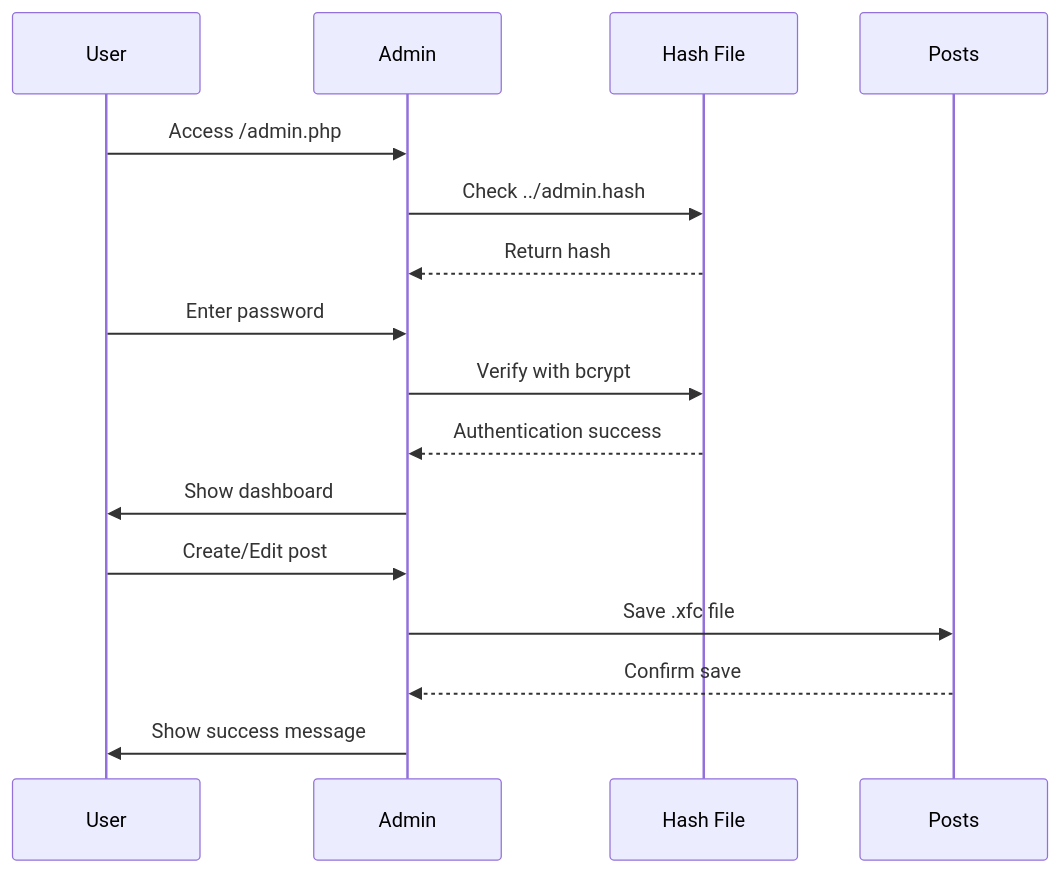
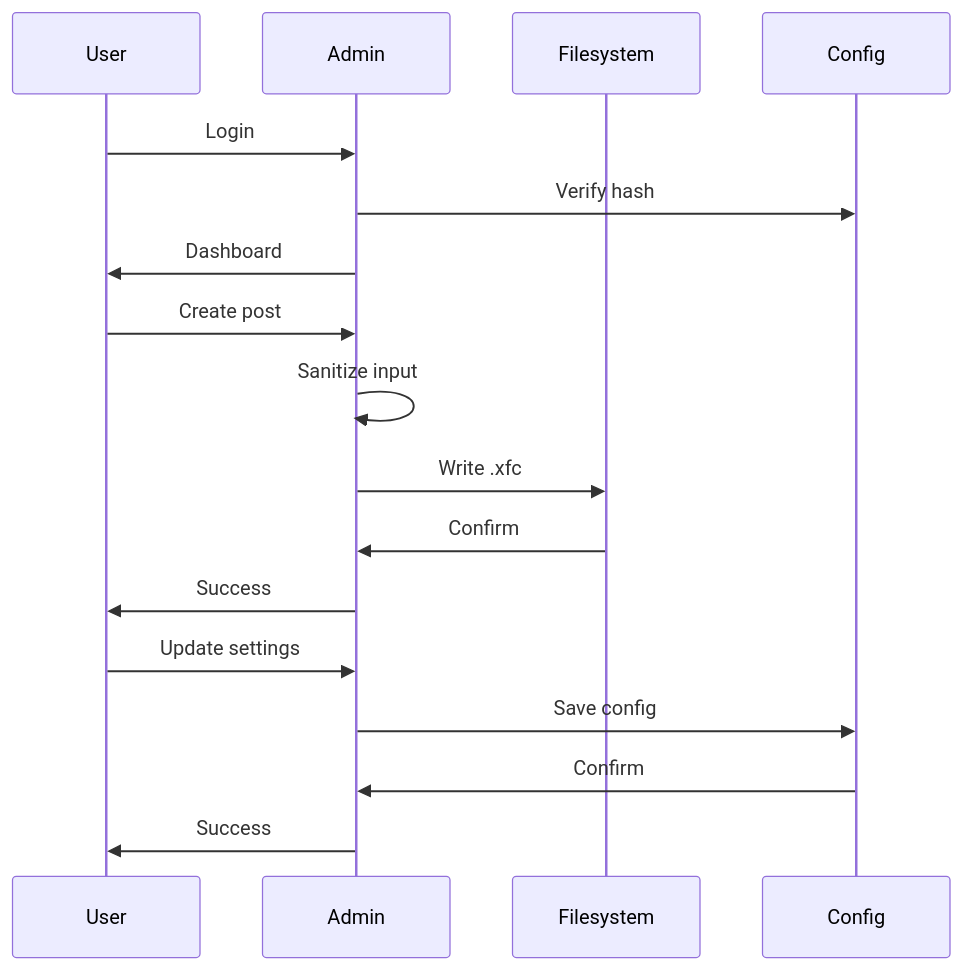
One commit to xsukax/xsukax-Flat-File-CMS changed the second of 2 diagrams in README.md. Above: the diagram before and after it, drawn with Mermaid. The commit also changed other lines of this file, not shown here.

````diff
--- a/README.md
+++ b/README.md
@@ -193,19 +177,22 @@
 ```mermaid
 sequenceDiagram
-    participant User
-    participant Admin
-    participant Hash File
-    participant Posts
+    participant U as User
+    participant A as Admin
+    participant F as Filesystem
+    participant C as Config
     
-    User->>Admin: Access /admin.php
-    Admin->>Hash File: Check ../admin.hash
-    Hash File-->>Admin: Return hash
-    User->>Admin: Enter password
-    Admin->>Hash File: Verify with bcrypt
-    Hash File-->>Admin: Authentication success
-    Admin->>User: Show dashboard
-    User->>Admin: Create/Edit post
-    Admin->>Posts: Save .xfc file
-    Posts-->>Admin: Confirm save
-    Admin->>User: Show success message
+    U->>A: Login
+    A->>C: Verify hash
+    A->>U: Dashboard
+    
+    U->>A: Create post
+    A->>A: Sanitize input
+    A->>F: Write .xfc
+    F->>A: Confirm
+    A->>U: Success
+    
+    U->>A: Update settings
+    A->>C: Save config
+    C->>A: Confirm
+    A->>U: Success
 ```
````
